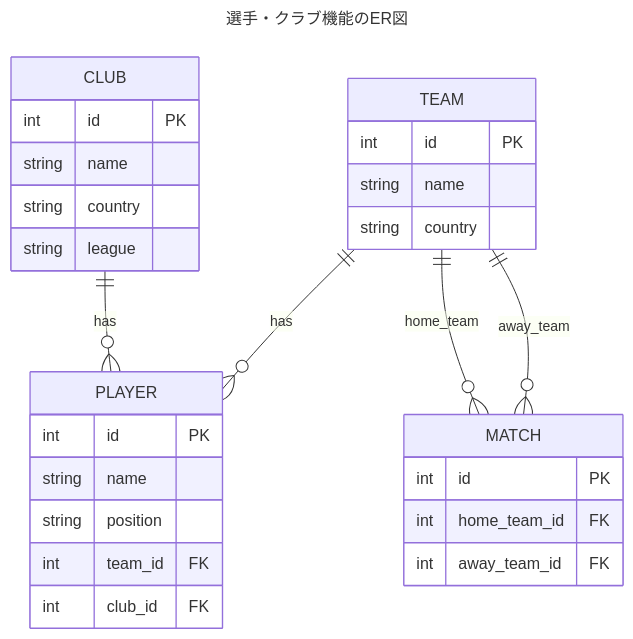
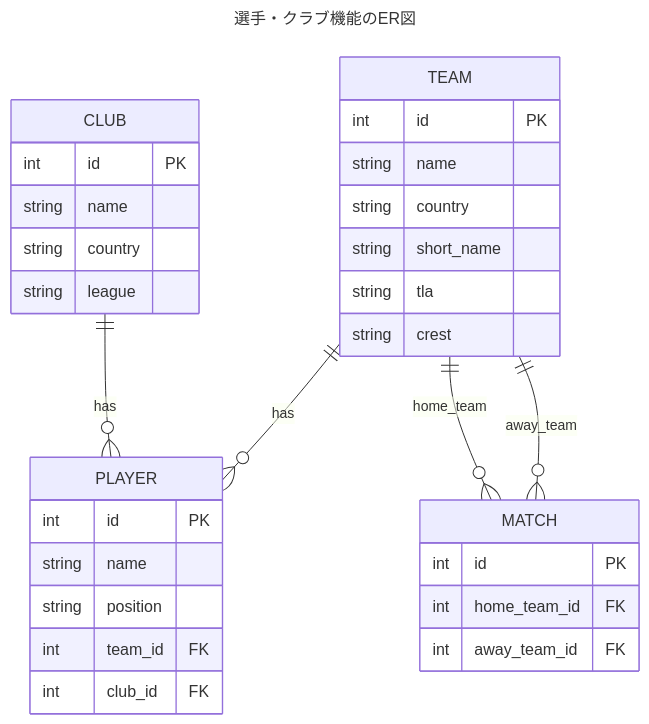
One commit to shinkai23/football-callender changed the diagram in docs/DB設計.md. Above: the diagram before and after it, drawn with Mermaid. The commit also changed other lines of this file and 5 other files, not shown here.

````diff
--- a/docs/DB設計.md
+++ b/docs/DB設計.md
@@ -10,37 +10,40 @@
 ```mermaid
 ---
 title: "選手・クラブ機能のER図"
 ---
 erDiagram
     CLUB ||--o{ PLAYER :"has"
     TEAM ||--o{ PLAYER :"has"
     TEAM ||--o{ MATCH :"home_team"
     TEAM ||--o{ MATCH :"away_team"
 
     TEAM {
         int id PK
         string name
         string country
+        string short_name
+        string tla
+        string crest
     }
 
     PLAYER {
         int id PK
         string name
         string position
         int team_id FK
         int club_id FK
     }
 
     CLUB {
         int id PK
         string name
         string country
         string league
     }
 
     MATCH {
         int id PK
         int home_team_id FK
         int away_team_id FK
     }
 ```
````
